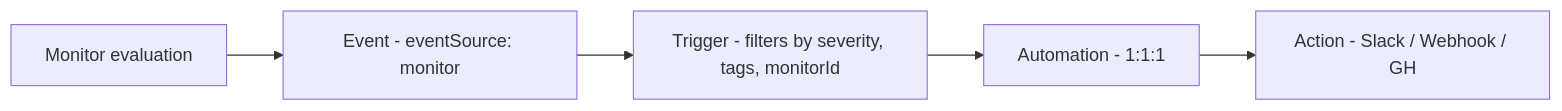
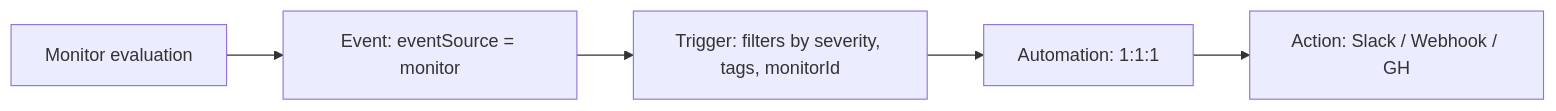
The sixth of 6 diagrams in content/blog/2026-05-30-designing-monitors-and-alerting.mdx (langfuse/langfuse-docs), drawn with Mermaid before and after one commit. The commit also changed other lines of this file, not shown here.

````diff
--- a/content/blog/2026-05-30-designing-monitors-and-alerting.mdx
+++ b/content/blog/2026-05-30-designing-monitors-and-alerting.mdx
@@ -180,7 +240,7 @@
 ```mermaid
 flowchart LR
-  M[Monitor evaluation] --> E[Event - eventSource: monitor]
-  E --> T[Trigger - filters by severity, tags, monitorId]
-  T --> AU[Automation - 1:1:1]
-  AU --> AC[Action - Slack / Webhook / GH]
+  M[Monitor evaluation] --> E[Event: eventSource = monitor]
+  E --> T[Trigger: filters by severity, tags, monitorId]
+  T --> AU[Automation: 1:1:1]
+  AU --> AC[Action: Slack / Webhook / GH]
 ```
````
